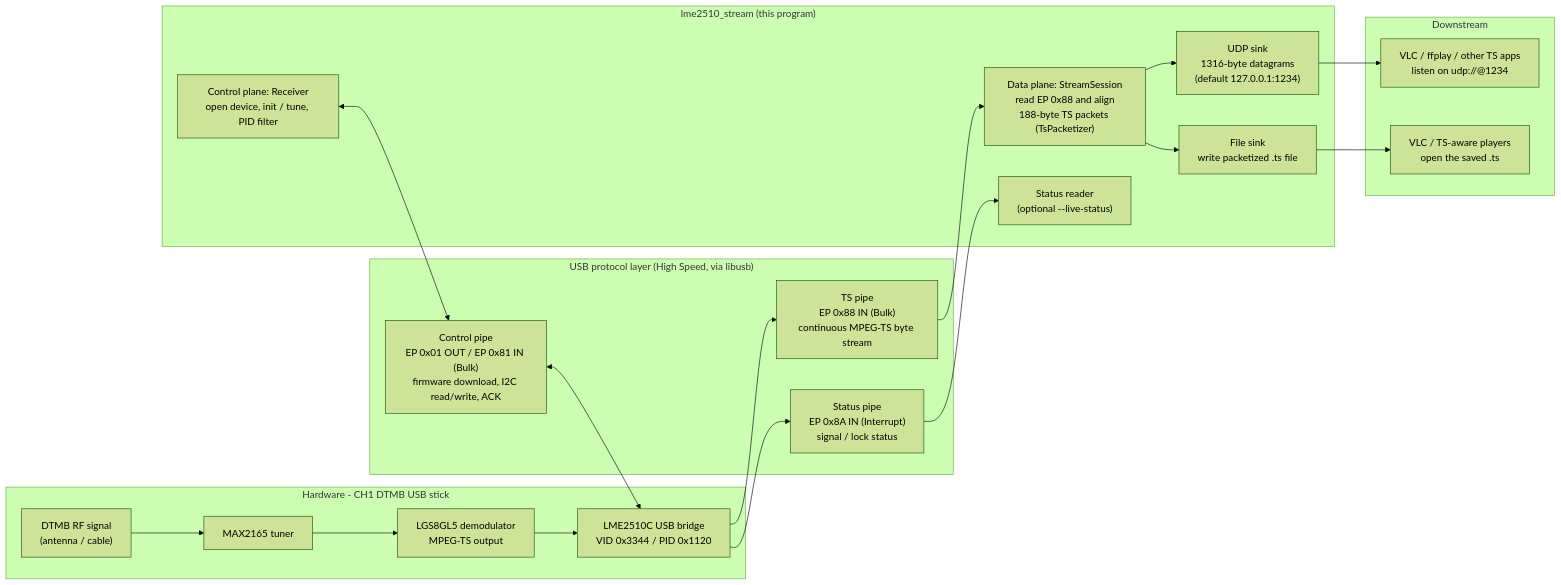
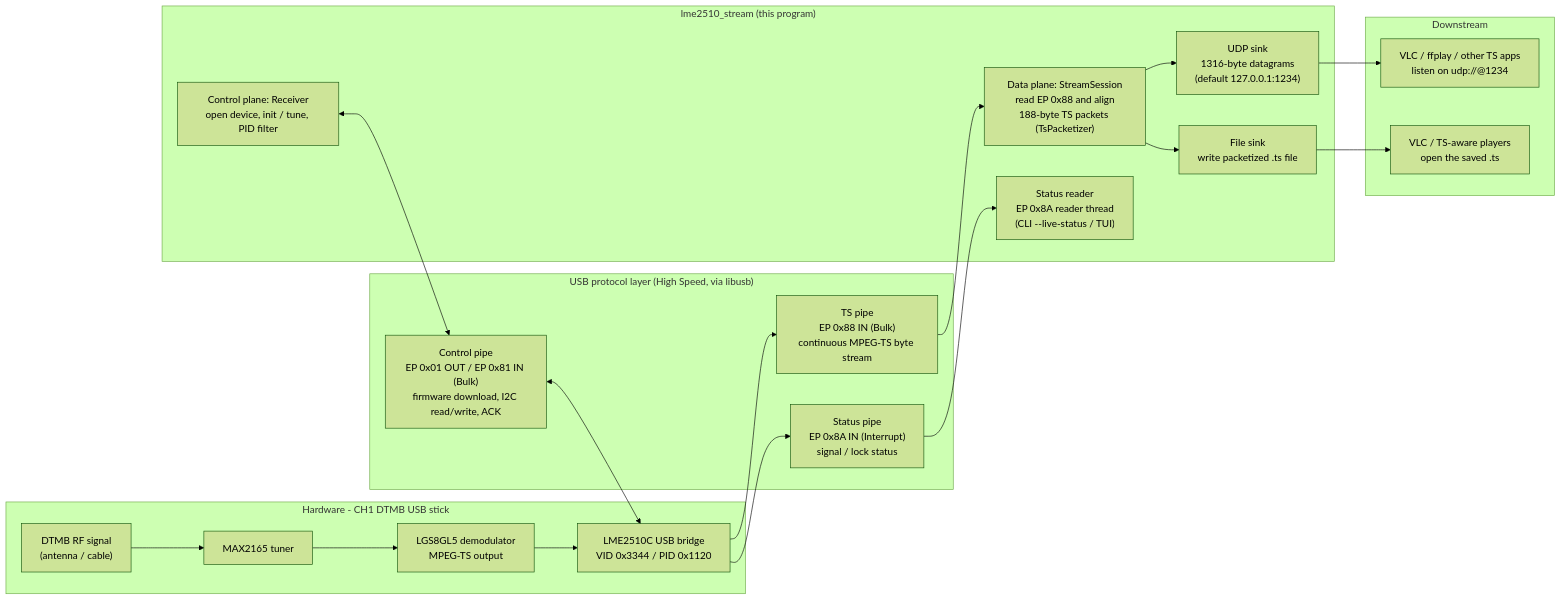
Before and after one commit to xeonliu/CH1_DTMB_RE_cpp: the diagram in README.md, drawn with Mermaid (forest theme). The commit also changed other lines of this file and 14 other files, not shown here.

````diff
--- a/README.md
+++ b/README.md
@@ -16,35 +16,35 @@
 ```mermaid
 flowchart LR
   subgraph HW["Hardware - CH1 DTMB USB stick"]
     RF["DTMB RF signal<br/>(antenna / cable)"] --> TUNER["MAX2165 tuner"]
     TUNER --> DEMOD["LGS8GL5 demodulator<br/>MPEG-TS output"]
     DEMOD --> BRIDGE["LME2510C USB bridge<br/>VID 0x3344 / PID 0x1120"]
   end
 
   subgraph USB["USB protocol layer (High Speed, via libusb)"]
     CMDEP["Control pipe<br/>EP 0x01 OUT / EP 0x81 IN (Bulk)<br/>firmware download, I2C read/write, ACK"]
     TSEP["TS pipe<br/>EP 0x88 IN (Bulk)<br/>continuous MPEG-TS byte stream"]
     STSEP["Status pipe<br/>EP 0x8A IN (Interrupt)<br/>signal / lock status"]
   end
 
   subgraph APP["lme2510_stream (this program)"]
     CTRL["Control plane: Receiver<br/>open device, init / tune, PID filter"]
     LOOP["Data plane: StreamSession<br/>read EP 0x88 and align<br/>188-byte TS packets (TsPacketizer)"]
     UDPS["UDP sink<br/>1316-byte datagrams<br/>(default 127.0.0.1:1234)"]
     FILES["File sink<br/>write packetized .ts file"]
-    STAT["Status reader<br/>(optional --live-status)"]
+    STAT["Status reader<br/>EP 0x8A reader thread<br/>(CLI --live-status / TUI)"]
   end
 
   subgraph DOWN["Downstream"]
     VLC["VLC / ffplay / other TS apps<br/>listen on udp://@1234"]
     FPLAY["VLC / TS-aware players<br/>open the saved .ts"]
   end
 
   CTRL <--> CMDEP <--> BRIDGE
   BRIDGE --> TSEP --> LOOP
   BRIDGE --> STSEP --> STAT
   LOOP --> UDPS
   LOOP --> FILES
   UDPS --> VLC
   FILES --> FPLAY
 ```
````
